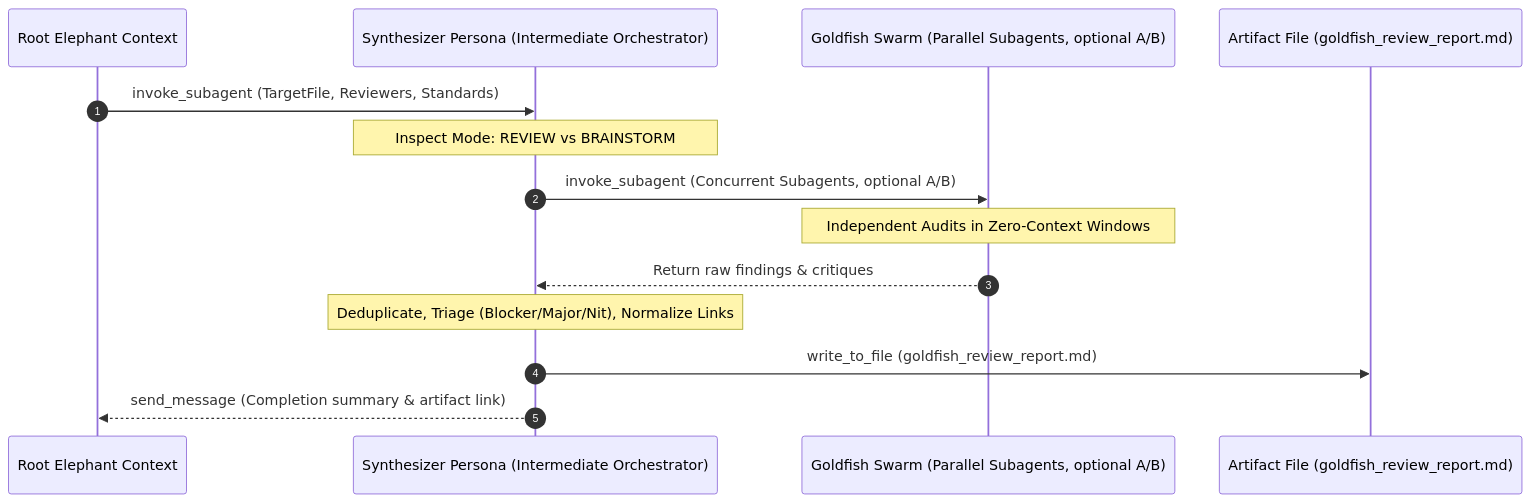
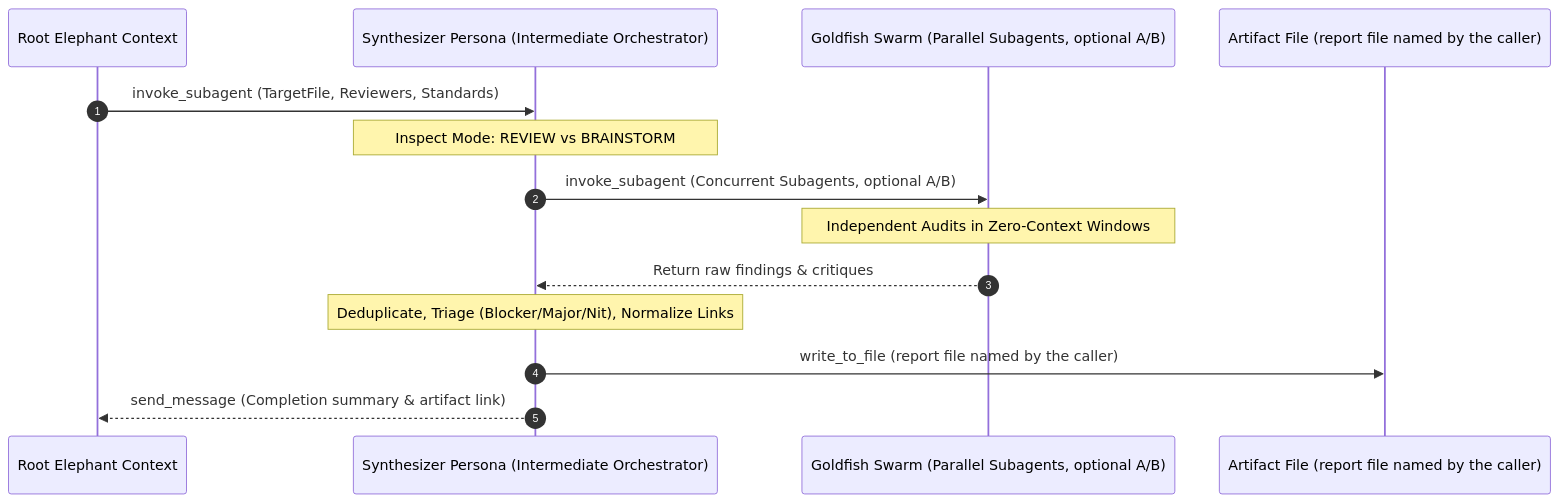
The diagram in docs/designs/synthesizer.md (google/elephant-goldfish-model), drawn with Mermaid before and after one commit. The commit also changed other lines of this file, not shown here.

Commit message:
docs(designs): scope report filenames to review mode

````diff
--- a/docs/designs/synthesizer.md
+++ b/docs/designs/synthesizer.md
@@ -37,17 +37,17 @@
 ```mermaid
 sequenceDiagram
     autonumber
     participant Elephant as Root Elephant Context
     participant Synth as Synthesizer Persona (Intermediate Orchestrator)
     participant Swarm as Goldfish Swarm (Parallel Subagents, optional A/B)
-    participant Artifact as Artifact File (goldfish_review_report.md)
+    participant Artifact as Artifact File (report file named by the caller)
 
     Elephant->>Synth: invoke_subagent (TargetFile, Reviewers, Standards)
     Note over Synth: Inspect Mode: REVIEW vs BRAINSTORM
     Synth->>Swarm: invoke_subagent (Concurrent Subagents, optional A/B)
     Note over Swarm: Independent Audits in Zero-Context Windows
     Swarm-->>Synth: Return raw findings & critiques
     Note over Synth: Deduplicate, Triage (Blocker/Major/Nit), Normalize Links
-    Synth->>Artifact: write_to_file (goldfish_review_report.md)
+    Synth->>Artifact: write_to_file (report file named by the caller)
     Synth-->>Elephant: send_message (Completion summary & artifact link)
 ```
````
